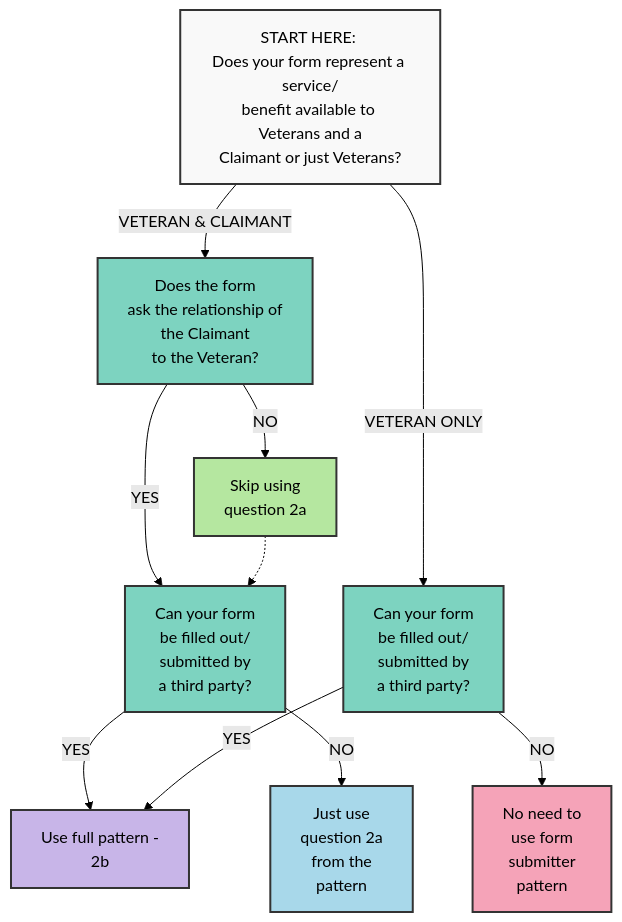
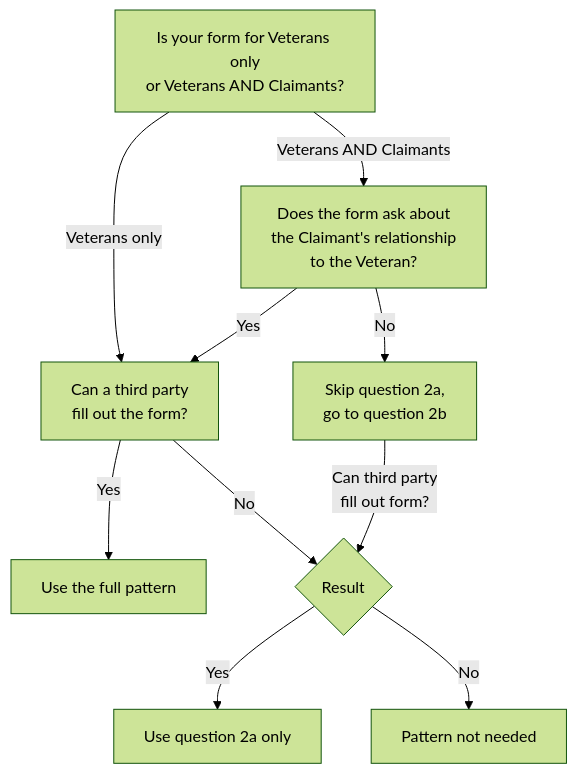
Before and after one commit to department-of-veterans-affairs/vets-design-system-documentation: the diagram in src/_patterns/help-users-to/identify-who-is-filling-out-a-form.md, drawn with Mermaid (forest theme).

Commit message:
Refactor flowchart for clarity and consistency

````diff
--- a/src/_patterns/help-users-to/identify-who-is-filling-out-a-form.md
+++ b/src/_patterns/help-users-to/identify-who-is-filling-out-a-form.md
@@ -50,27 +50,18 @@
 ```mermaid
 flowchart TD
-    Start["START HERE: <br/>Does your form represent a service/<br/>benefit available to Veterans and a<br/>Claimant or just Veterans?"]
+    Start["Is your form for Veterans only<br/>or Veterans AND Claimants?"]
     
-    Start -->|VETERAN & CLAIMANT| Q1["Does the form<br/>ask the relationship of<br/>the Claimant<br/>to the Veteran?"]
-    Start -->|VETERAN ONLY| Q3["Can your form<br/>be filled out/<br/>submitted by<br/>a third party?"]
+    Start -->|Veterans AND Claimants| Q1["Does the form ask about<br/>the Claimant's relationship<br/>to the Veteran?"]
+    Start -->|Veterans only| Q2["Can a third party<br/>fill out the form?"]
     
-    Q1 -->|YES| Q2["Can your form<br/>be filled out/<br/>submitted by<br/>a third party?"]
-    Q1 -->|NO| Skip["Skip using<br/>question 2a"]
+    Q1 -->|Yes| Q2
+    Q1 -->|No| Skip["Skip question 2a,<br/>go to question 2b"]
     
-    Q2 -->|YES| FullPattern["Use full pattern -<br/>2b"]
-    Q2 -->|NO| Question2a["Just use<br/>question 2a<br/>from the<br/>pattern"]
+    Q2 -->|Yes| Use["Use the full pattern"]
+    Q2 -->|No| Result
     
-    Q3 -->|NO| NoNeed["No need to<br/>use form<br/>submitter<br/>pattern"]
-    Q3 -->|YES| FullPattern
+    Skip -->|Can third party<br/>fill out form?| Result{"Result"}
     
-    Skip -.-> Q2
-    
-    style Start fill:#f9f9f9,stroke:#333,stroke-width:2px
-    style Q1 fill:#7dd3c0,stroke:#333,stroke-width:2px
-    style Q2 fill:#7dd3c0,stroke:#333,stroke-width:2px
-    style Q3 fill:#7dd3c0,stroke:#333,stroke-width:2px
-    style Skip fill:#b5e7a0,stroke:#333,stroke-width:2px
-    style Question2a fill:#a8d8ea,stroke:#333,stroke-width:2px
-    style NoNeed fill:#f5a3b8,stroke:#333,stroke-width:2px
-    style FullPattern fill:#c8b5e8,stroke:#333,stroke-width:2px
+    Result -->|Yes| Partial["Use question 2a only"]
+    Result -->|No| None["Pattern not needed"]
 ```
````
